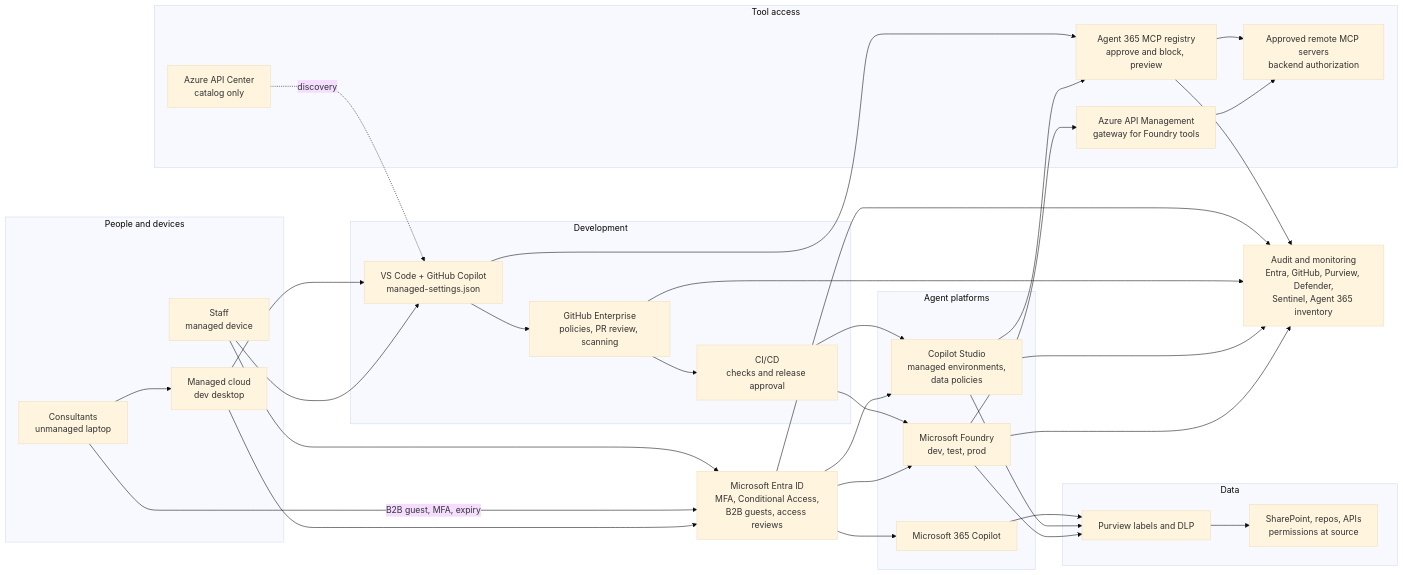
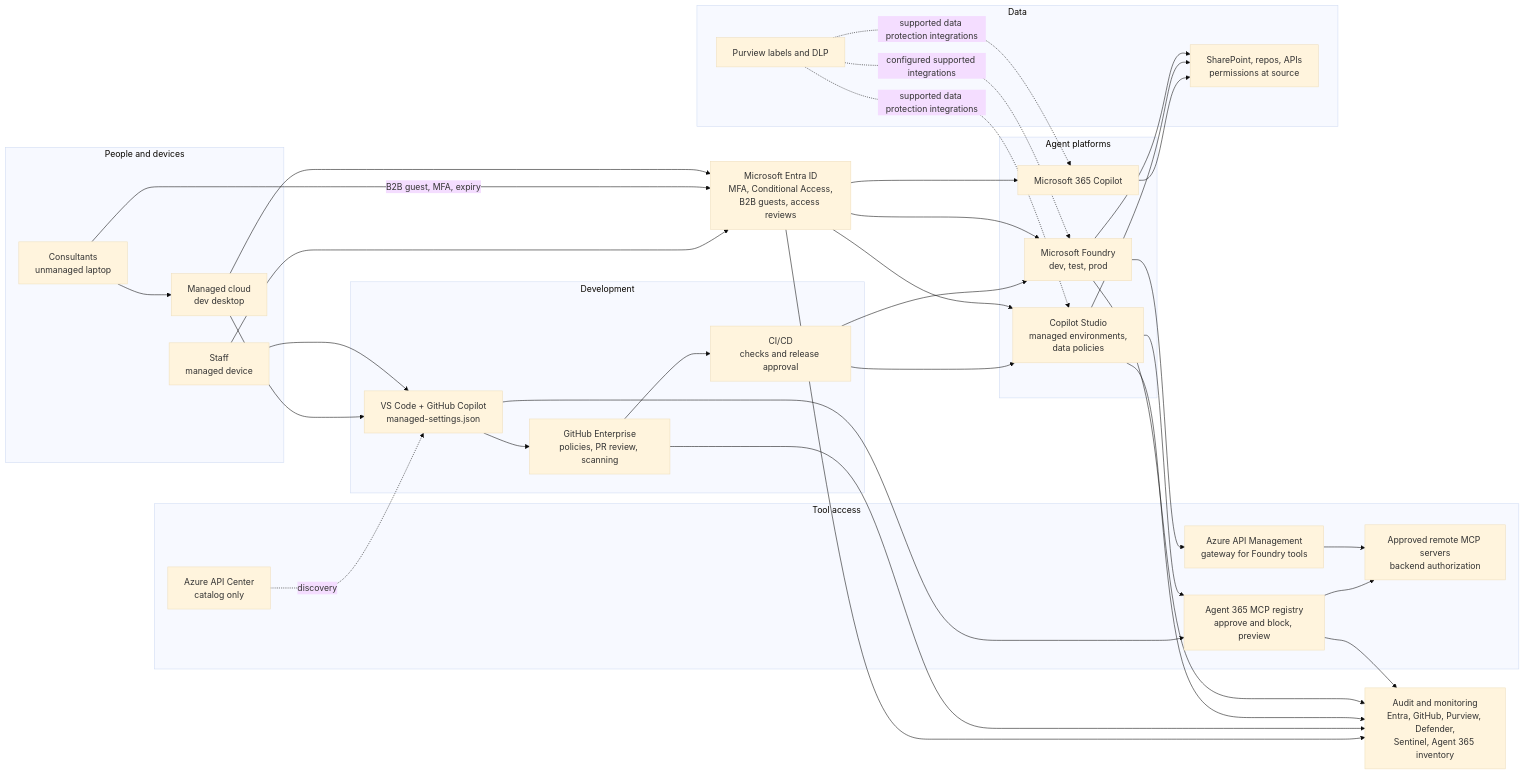
The second of 4 diagrams in enterprise-ai-agent-security-recommendation.md (kimsyversen/kimsyversen.github.io), drawn with Mermaid (base theme) before and after one commit. The commit also changed other lines of this file and 2 other files, not shown here.

````diff
--- a/enterprise-ai-agent-security-recommendation.md
+++ b/enterprise-ai-agent-security-recommendation.md
@@ -106,61 +107,63 @@
 ```mermaid
 flowchart LR
     subgraph People[People and devices]
         Staff[Staff<br/>managed device]
         Cons[Consultants<br/>unmanaged laptop]
         CDD[Managed cloud<br/>dev desktop]
         Cons --> CDD
     end
     Entra[Microsoft Entra ID<br/>MFA, Conditional Access,<br/>B2B guests, access reviews]
     Staff --> Entra
     Cons -->|B2B guest, MFA, expiry| Entra
     CDD --> Entra
 
     subgraph Dev[Development]
         VSC[VS Code + GitHub Copilot<br/>managed-settings.json]
         GH[GitHub Enterprise<br/>policies, PR review, scanning]
         CI[CI/CD<br/>checks and release approval]
     end
     CDD --> VSC
     Staff --> VSC
     VSC --> GH --> CI
 
     subgraph Platforms[Agent platforms]
         M365[Microsoft 365 Copilot]
         CS[Copilot Studio<br/>managed environments,<br/>data policies]
         FD[Microsoft Foundry<br/>dev, test, prod]
     end
     CI --> FD
     CI --> CS
     Entra --> M365
     Entra --> CS
     Entra --> FD
 
     subgraph Tools[Tool access]
         REG[Agent 365 MCP registry<br/>approve and block, preview]
         CAT[Azure API Center<br/>catalog only]
         APIM[Azure API Management<br/>gateway for Foundry tools]
         MCPS[Approved remote MCP servers<br/>backend authorization]
     end
     VSC --> REG
     CS --> REG
     REG --> MCPS
     FD --> APIM --> MCPS
     CAT -. discovery .-> VSC
 
     subgraph Data[Data]
         PV[Purview labels and DLP]
         SRC[SharePoint, repos, APIs<br/>permissions at source]
     end
-    M365 --> PV
-    CS --> PV
-    FD --> PV
-    PV --> SRC
+    M365 --> SRC
+    CS --> SRC
+    FD --> SRC
+    PV -. supported data protection integrations .-> M365
+    PV -. supported data protection integrations .-> CS
+    PV -. configured supported integrations .-> FD
 
     LOG[Audit and monitoring<br/>Entra, GitHub, Purview, Defender,<br/>Sentinel, Agent 365 inventory]
     Entra --> LOG
     GH --> LOG
     CS --> LOG
     FD --> LOG
     REG --> LOG
 ```
````
